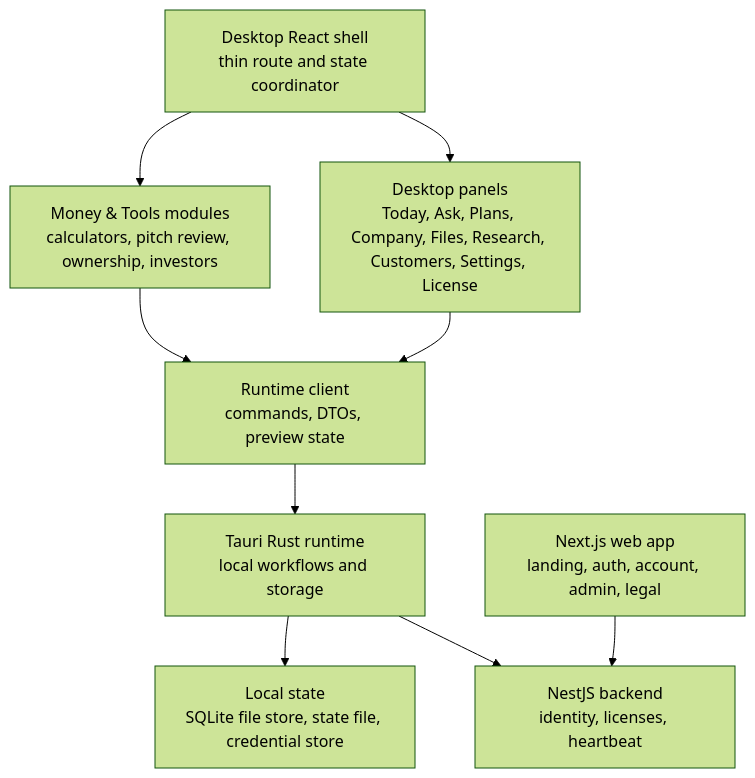
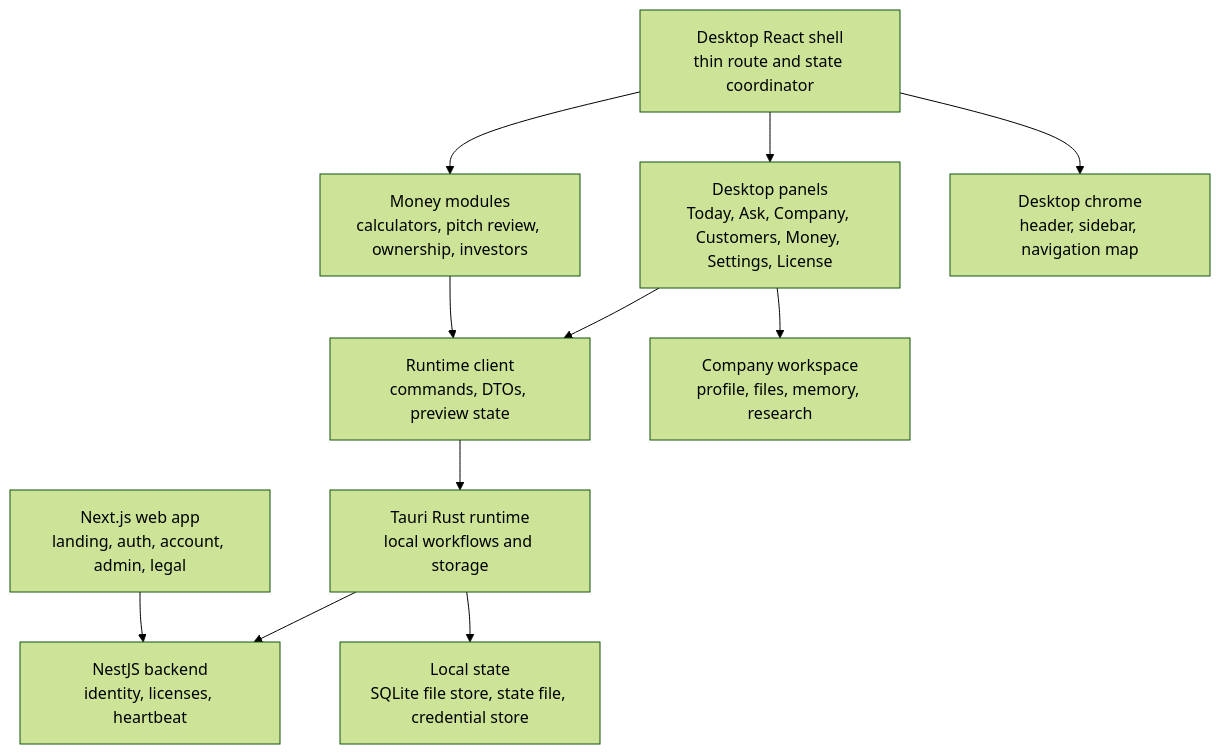
The diagram in docs/CODEBASE_AUDIT.md (Afnanksalal/co-op), drawn with Mermaid (forest theme) before and after one commit. The commit also changed other lines of this file and 33 other files, not shown here.

Commit message:
feat: simplify desktop workspace

````diff
--- a/docs/CODEBASE_AUDIT.md
+++ b/docs/CODEBASE_AUDIT.md
@@ -7,20 +7,24 @@
 ```mermaid
 flowchart TD
   Web["Next.js web app<br/>landing, auth, account, admin, legal"]
   DesktopShell["Desktop React shell<br/>thin route and state coordinator"]
-  DesktopPanels["Desktop panels<br/>Today, Ask, Plans, Company, Files, Research, Customers, Settings, License"]
-  Tools["Money & Tools modules<br/>calculators, pitch review, ownership, investors"]
+  DesktopChrome["Desktop chrome<br/>header, sidebar, navigation map"]
+  DesktopPanels["Desktop panels<br/>Today, Ask, Company, Customers, Money, Settings, License"]
+  Company["Company workspace<br/>profile, files, memory, research"]
+  Tools["Money modules<br/>calculators, pitch review, ownership, investors"]
   RuntimeClient["Runtime client<br/>commands, DTOs, preview state"]
   Tauri["Tauri Rust runtime<br/>local workflows and storage"]
   LocalStore["Local state<br/>SQLite file store, state file, credential store"]
   Cloud["NestJS backend<br/>identity, licenses, heartbeat"]
 
   Web --> Cloud
+  DesktopShell --> DesktopChrome
   DesktopShell --> DesktopPanels
+  DesktopPanels --> Company
   DesktopShell --> Tools
   DesktopPanels --> RuntimeClient
   Tools --> RuntimeClient
   RuntimeClient --> Tauri
   Tauri --> LocalStore
   Tauri --> Cloud
 ```
````
